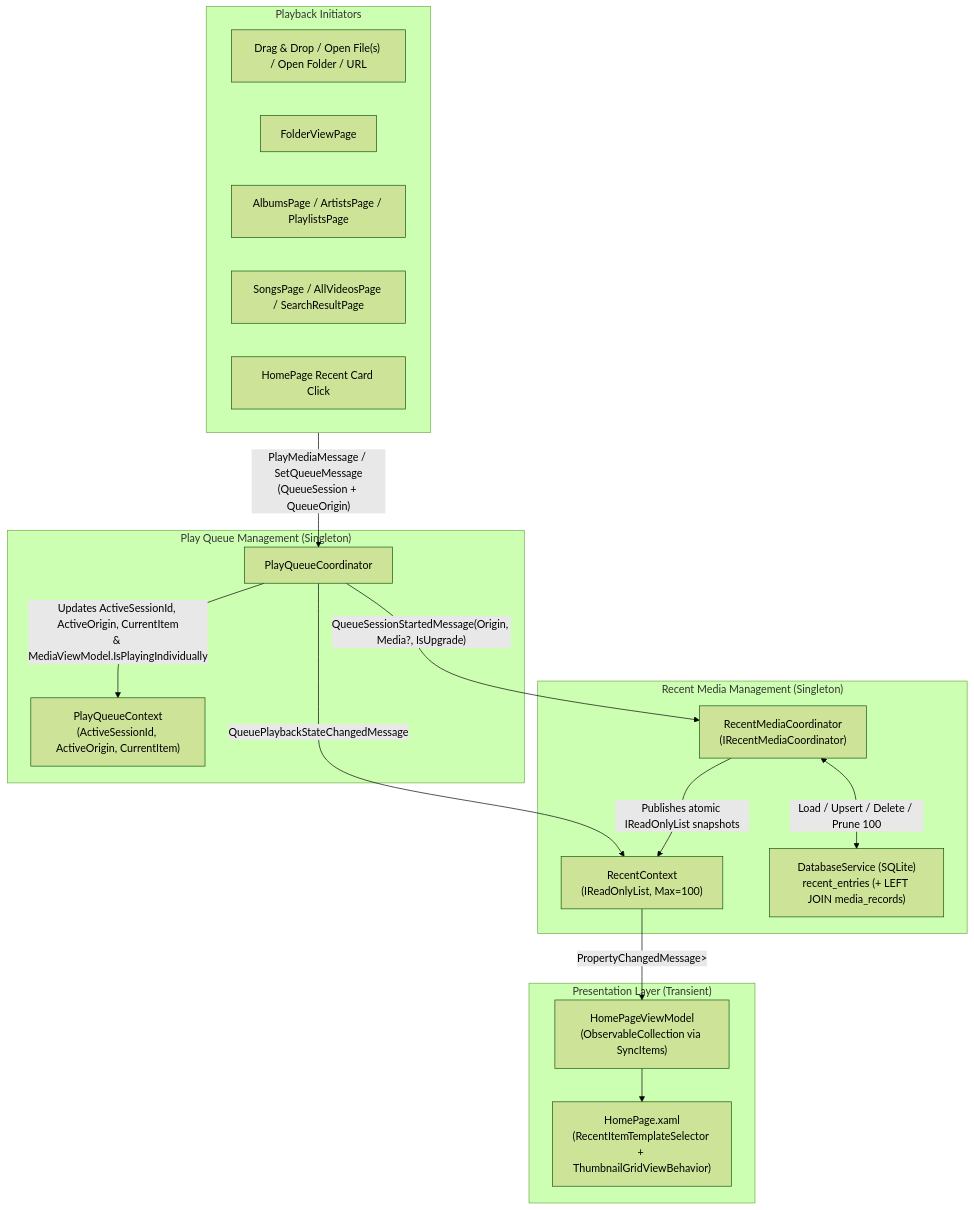
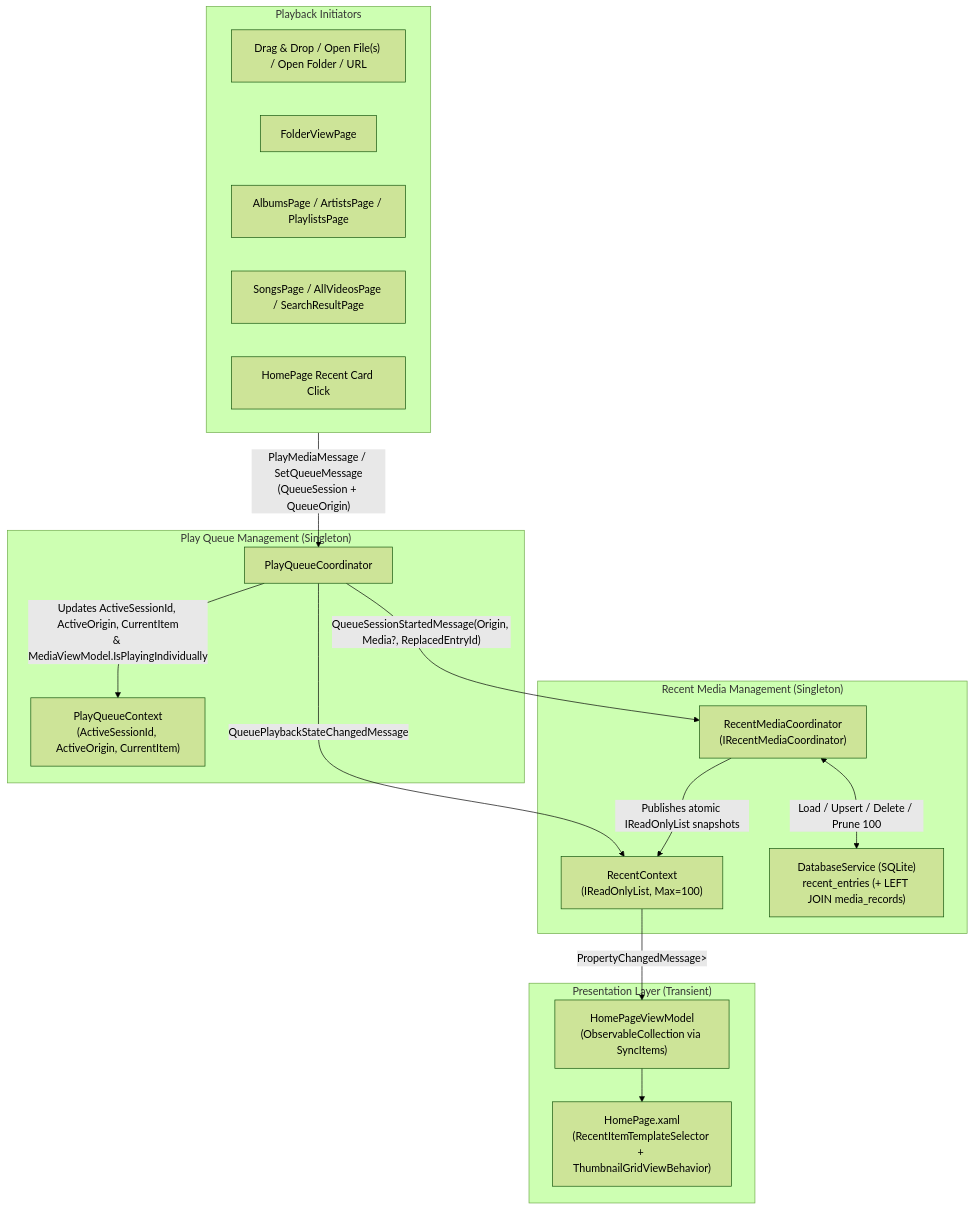
The diagram in docs/RECENT_MEDIA_TRACKING.md (huynhsontung/Screenbox), drawn with Mermaid (forest theme) before and after one commit. The commit also changed other lines of this file and 5 other files, not shown here.

Commit message:
fix(recent): pass explicit ReplacedEntryId on upgrades and synchronize coordinator state

````diff
--- a/docs/RECENT_MEDIA_TRACKING.md
+++ b/docs/RECENT_MEDIA_TRACKING.md
@@ -40,35 +40,35 @@
 ```mermaid
 flowchart TD
     subgraph PlaybackInitiators["Playback Initiators"]
         Drop["Drag & Drop / Open File(s) / Open Folder / URL"]
         FolderView["FolderViewPage"]
         Library["AlbumsPage / ArtistsPage / PlaylistsPage"]
         LibWide["SongsPage / AllVideosPage / SearchResultPage"]
         HomeCard["HomePage Recent Card Click"]
     end
 
     subgraph CoreQueue["Play Queue Management (Singleton)"]
         PQC["PlayQueueCoordinator"]
         PQContext["PlayQueueContext\n(ActiveSessionId, ActiveOrigin, CurrentItem)"]
     end
 
     subgraph RecentManagement["Recent Media Management (Singleton)"]
         RMC["RecentMediaCoordinator\n(IRecentMediaCoordinator)"]
         RContext["RecentContext\n(IReadOnlyList<IRecentItem>, Max=100)"]
         DB["DatabaseService (SQLite)\nrecent_entries (+ LEFT JOIN media_records)"]
     end
 
     subgraph UI["Presentation Layer (Transient)"]
         HPVM["HomePageViewModel\n(ObservableCollection<IRecentItem> via SyncItems)"]
         HP["HomePage.xaml\n(RecentItemTemplateSelector + ThumbnailGridViewBehavior)"]
     end
 
     PlaybackInitiators -->|"PlayMediaMessage / SetQueueMessage\n(QueueSession + QueueOrigin)"| PQC
     PQC -->|"Updates ActiveSessionId, ActiveOrigin, CurrentItem\n& MediaViewModel.IsPlayingIndividually"| PQContext
     PQC -->|"QueuePlaybackStateChangedMessage"| RContext
-    PQC -->|"QueueSessionStartedMessage(Origin, Media?, IsUpgrade)"| RMC
+    PQC -->|"QueueSessionStartedMessage(Origin, Media?, ReplacedEntryId)"| RMC
     RMC <-->|"Load / Upsert / Delete / Prune 100"| DB
     RMC -->|"Publishes atomic IReadOnlyList<IRecentItem> snapshots"| RContext
     RContext -->|"PropertyChangedMessage<IReadOnlyList<IRecentItem>>"| HPVM
     HPVM --> HP
 ```
````
